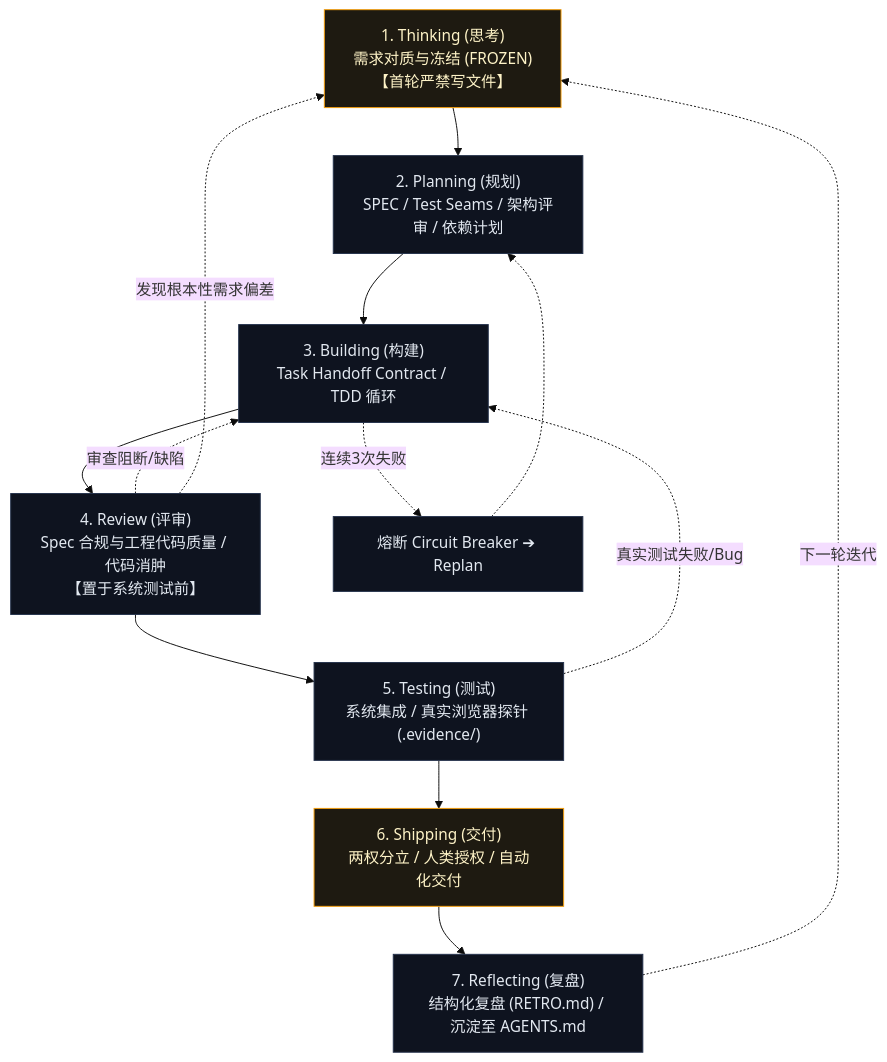
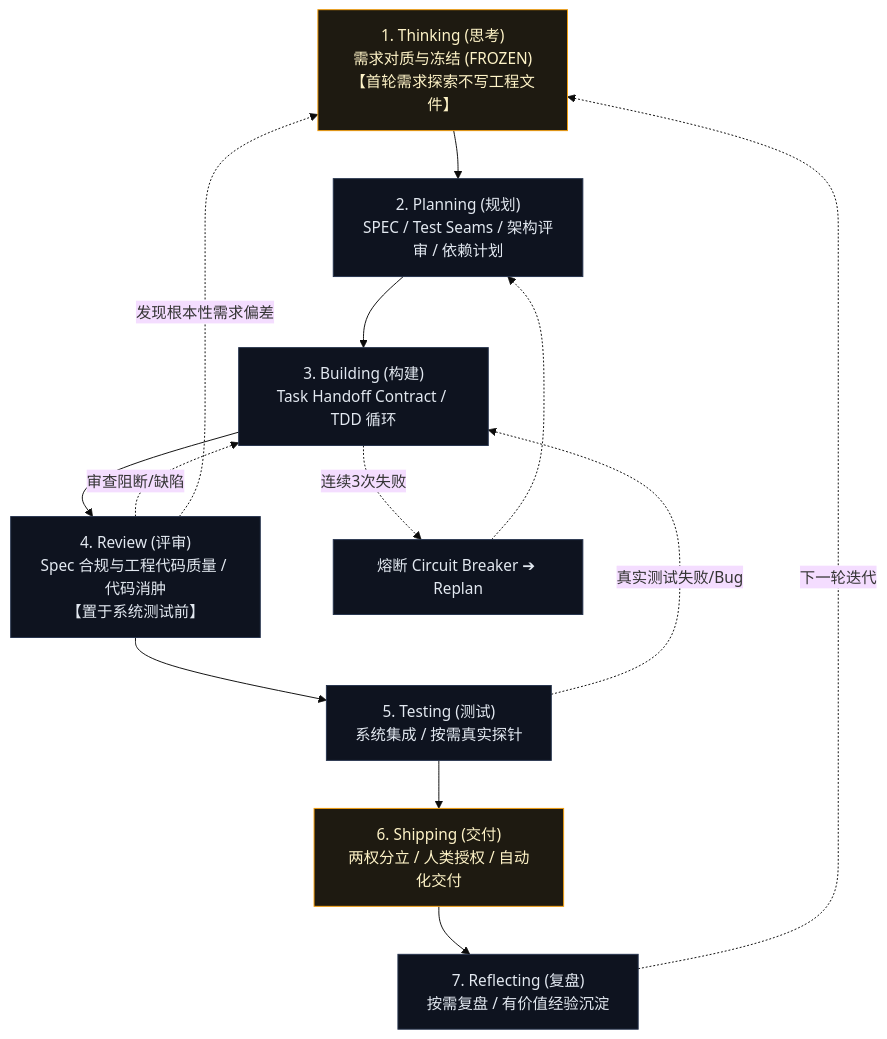
One commit to sz-xiaohuolong/vibe-workflow changed the diagram in README.zh-CN.md. Above: the diagram before and after it, drawn with Mermaid (base theme). The commit also changed other lines of this file and 19 other files, not shown here.

````diff
--- a/README.zh-CN.md
+++ b/README.zh-CN.md
@@ -76,21 +76,21 @@
 ```mermaid
 flowchart TD
-    S1["1. Thinking (思考)<br/>需求对质与冻结 (FROZEN)<br/>【首轮严禁写文件】"] --> S2["2. Planning (规划)<br/>SPEC / Test Seams / 架构评审 / 依赖计划"]
+    S1["1. Thinking (思考)<br/>需求对质与冻结 (FROZEN)<br/>【首轮需求探索不写工程文件】"] --> S2["2. Planning (规划)<br/>SPEC / Test Seams / 架构评审 / 依赖计划"]
     S2 --> S3["3. Building (构建)<br/>Task Handoff Contract / TDD 循环"]
     S3 --> S4["4. Review (评审)<br/>Spec 合规与工程代码质量 / 代码消肿<br/>【置于系统测试前】"]
-    S4 --> S5["5. Testing (测试)<br/>系统集成 / 真实浏览器探针 (.evidence/)"]
+    S4 --> S5["5. Testing (测试)<br/>系统集成 / 按需真实探针"]
     S5 --> S6["6. Shipping (交付)<br/>两权分立 / 人类授权 / 自动化交付"]
-    S6 --> S7["7. Reflecting (复盘)<br/>结构化复盘 (RETRO.md) / 沉淀至 AGENTS.md"]
+    S6 --> S7["7. Reflecting (复盘)<br/>按需复盘 / 有价值经验沉淀"]
     S7 -.->|下一轮迭代| S1
 
     %% Failure recovery loops
     S3 -.->|连续3次失败| CB[熔断 Circuit Breaker ➔ Replan]
     CB -.-> S2
     S4 -.->|审查阻断/缺陷| S3
     S5 -.->|真实测试失败/Bug| S3
     S4 -.->|发现根本性需求偏差| S1
 
     classDef default fill:#0e131f,stroke:#26334d,color:#e2e8f0;
     classDef gate fill:#1e1a11,stroke:#f59e0b,color:#fef3c7;
     class S1,S6 gate;
 ```
````
